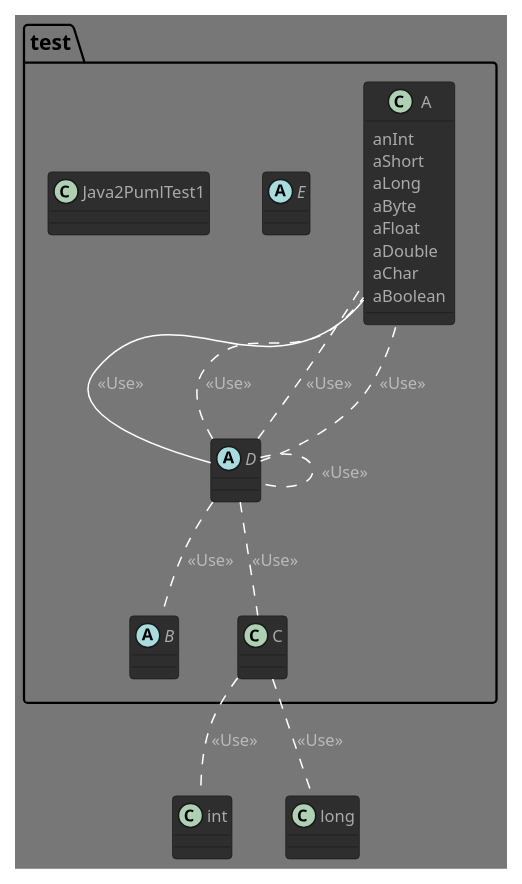
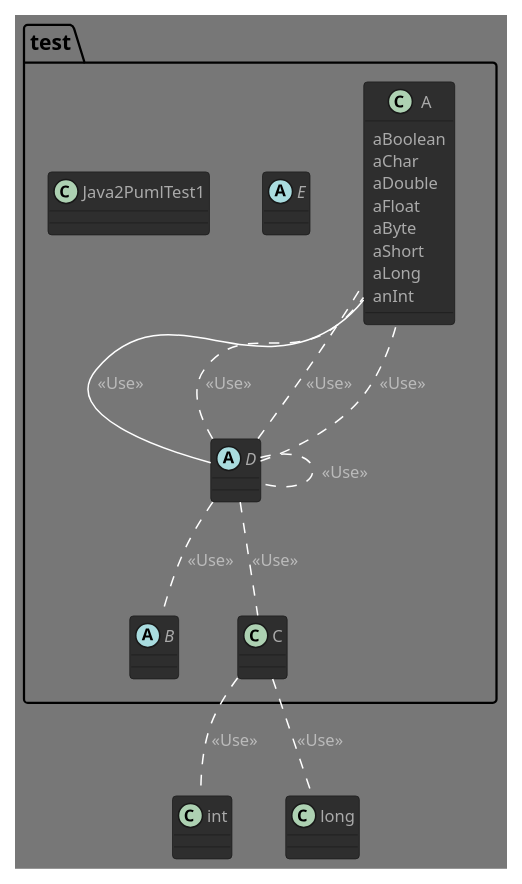
Before and after one commit to GlazKrovi/JavaToPlantUML: the diagram in generates/pumls/ACD_test.puml, drawn with PlantUML. The commit also changed other lines of this file and 4 other files, not shown here.

```diff
--- a/generates/pumls/ACD_test.puml
+++ b/generates/pumls/ACD_test.puml
@@ -1,36 +1,36 @@
 @startuml
 !theme reddress-darkgreen
 
 class test.A {
-anInt
+aBoolean
+aChar
+aDouble
+aFloat
+aByte
 aShort
 aLong
-aByte
-aFloat
-aDouble
-aChar
-aBoolean
+anInt
 
 }
 
 abstract test.B
 
 class test.C
 
 abstract test.D
 
 abstract test.E
 
 class test.Java2PumlTest1
 
 "test.C" .. "int" : <<Use>>
 "test.C" .. "long" : <<Use>>
 test.A -- D : <<Use>>
+"test.D" .. "test.D" : <<Use>>
 "test.D" .. "test.A" : <<Use>>
 "test.D" .. "test.A" : <<Use>>
 "test.D" .. "test.A" : <<Use>>
 "test.D" .. "test.B" : <<Use>>
 "test.D" .. "test.C" : <<Use>>
-"test.D" .. "test.D" : <<Use>>
 
 @enduml
```
